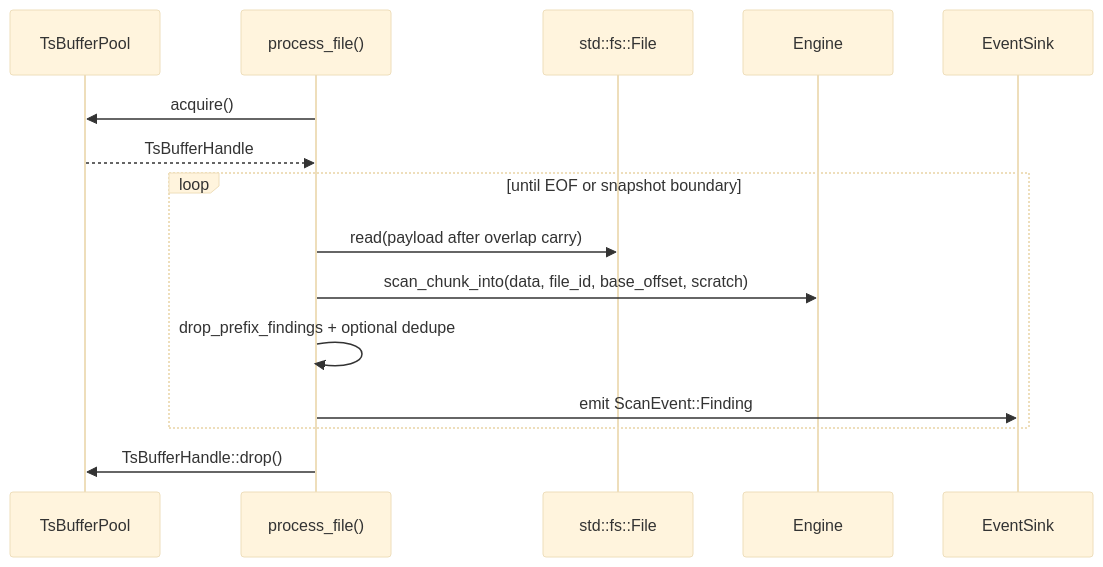
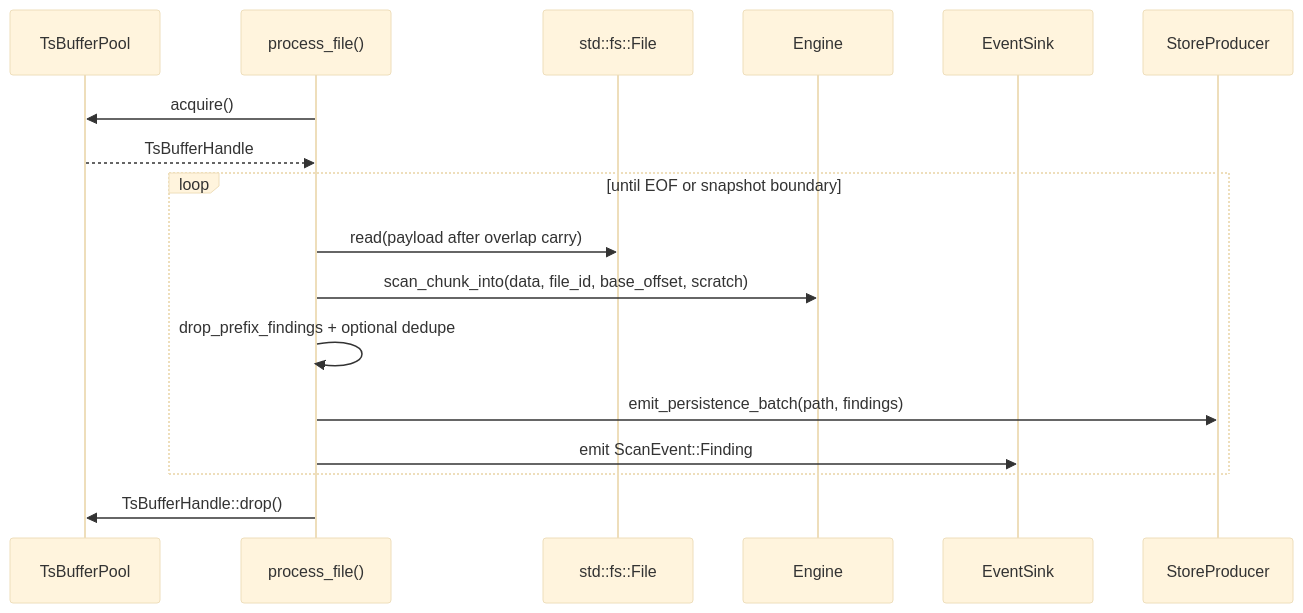
Before and after one commit to ahrav/scratch-scanner-rs: the second of 2 diagrams in docs/pipeline-flow.md, drawn with Mermaid (base theme). The commit also changed other lines of this file and 6 other files, not shown here.

````diff
--- a/docs/pipeline-flow.md
+++ b/docs/pipeline-flow.md
@@ -60,18 +73,20 @@
 ```mermaid
 sequenceDiagram
     participant Pool as TsBufferPool
     participant Worker as process_file()
     participant File as std::fs::File
     participant Engine as Engine
     participant Sink as EventSink
+    participant Store as StoreProducer
 
     Worker->>Pool: acquire()
     Pool-->>Worker: TsBufferHandle
     loop until EOF or snapshot boundary
         Worker->>File: read(payload after overlap carry)
         Worker->>Engine: scan_chunk_into(data, file_id, base_offset, scratch)
         Worker->>Worker: drop_prefix_findings + optional dedupe
+        Worker->>Store: emit_persistence_batch(path, findings)
         Worker->>Sink: emit ScanEvent::Finding
     end
     Worker->>Pool: TsBufferHandle::drop()
 ```
````
